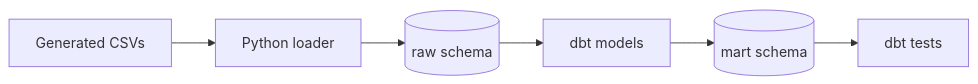
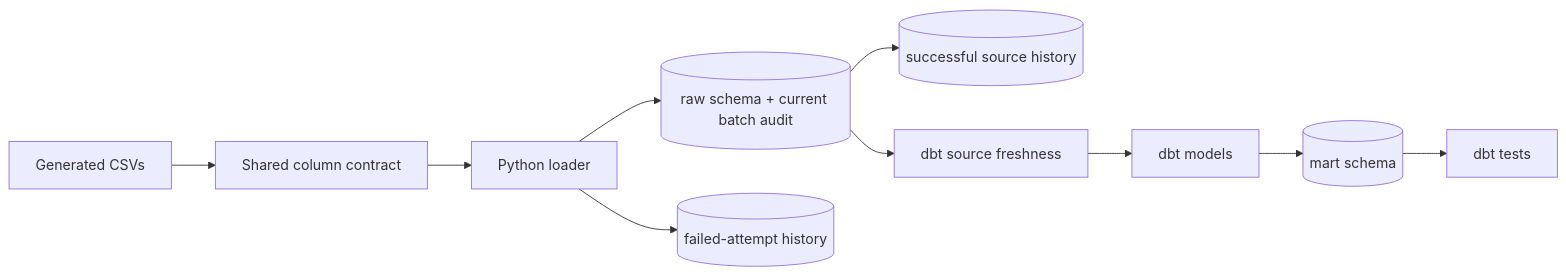
Before and after one commit to Wasim-Jussab/finance-analytics-engineering-portfolio: the diagram in docs/dbt-workflow.md, drawn with Mermaid. The commit also changed other lines of this file and 23 other files, not shown here.

````diff
--- a/docs/dbt-workflow.md
+++ b/docs/dbt-workflow.md
@@ -9,8 +9,12 @@
 ```mermaid
 flowchart LR
-    A[Generated CSVs] --> B[Python loader]
-    B --> C[(raw schema)]
-    C --> D[dbt models]
+    A[Generated CSVs] --> V[Shared column contract]
+    V --> B[Python loader]
+    B --> C[(raw schema + current batch audit)]
+    C --> H[(successful source history)]
+    B --> I[(failed-attempt history)]
+    C --> G[dbt source freshness]
+    G --> D[dbt models]
     D --> E[(mart schema)]
     E --> F[dbt tests]
 ```
````
